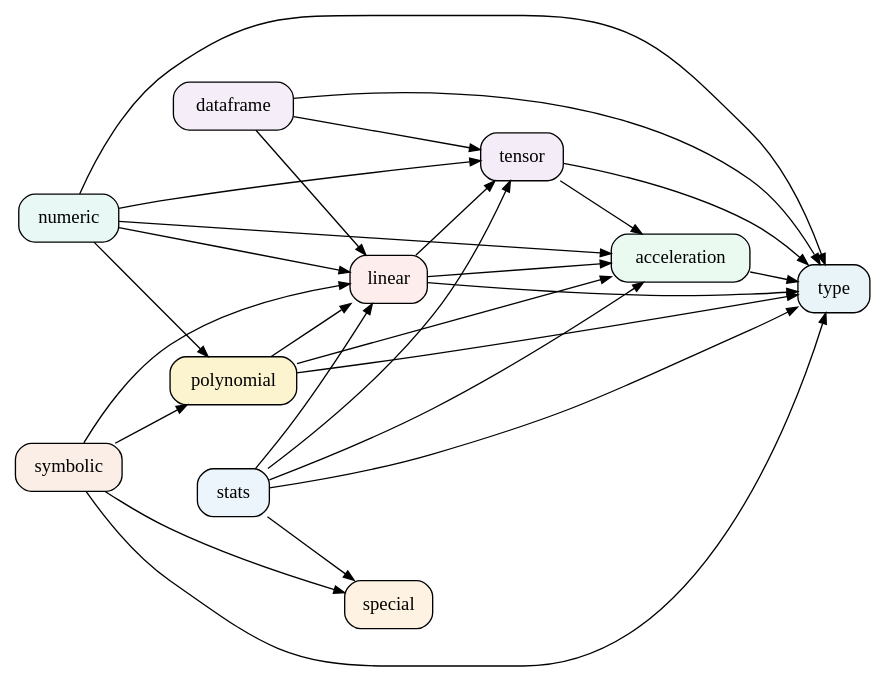
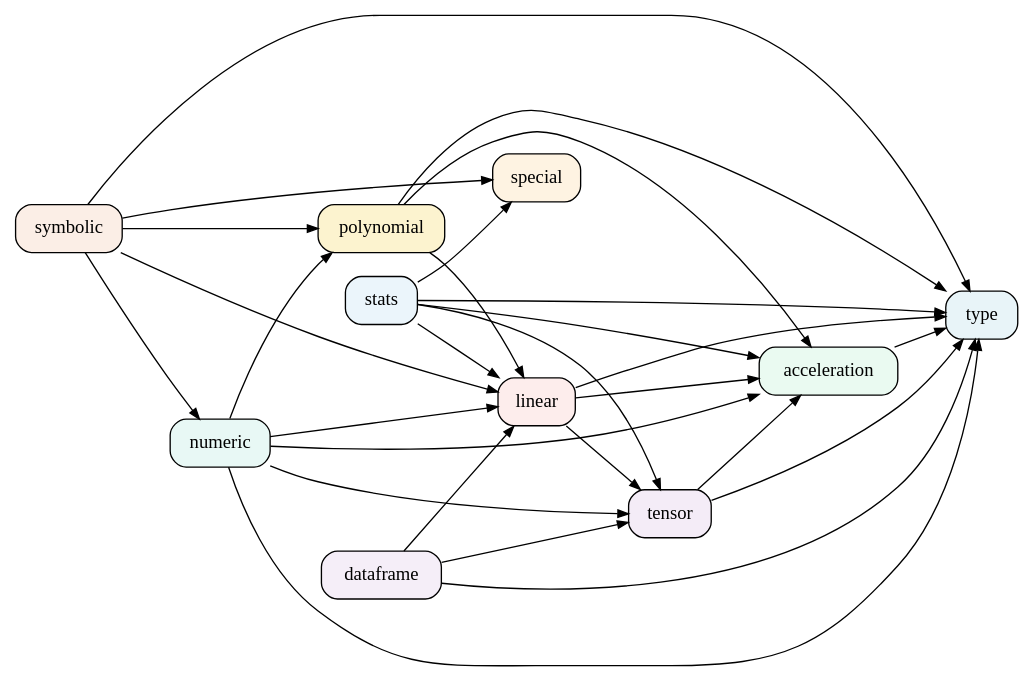
Before and after one commit to renggli/dart-data: the diagram in doc/libs_deps.dot, drawn with Graphviz. The commit also changed 3 other files, not shown here.

```diff
--- a/doc/libs_deps.dot
+++ b/doc/libs_deps.dot
@@ -1,39 +1,40 @@
 digraph {
   rankdir=LR;
   0 [label=linear, shape=box, style="rounded,filled", fillcolor="#fdedec"];
   1 [label=acceleration, shape=box, style="rounded,filled", fillcolor="#eafaf1"];
   2 [label=type, shape=box, style="rounded,filled", fillcolor="#e8f4f8"];
   3 [label=tensor, shape=box, style="rounded,filled", fillcolor="#f4ecf7"];
   4 [label=stats, shape=box, style="rounded,filled", fillcolor="#ebf5fb"];
   5 [label=special, shape=box, style="rounded,filled", fillcolor="#fef3e2"];
   6 [label=numeric, shape=box, style="rounded,filled", fillcolor="#e8f8f5"];
   7 [label=polynomial, shape=box, style="rounded,filled", fillcolor="#fcf3cf"];
   8 [label=symbolic, shape=box, style="rounded,filled", fillcolor="#fbeee6"];
   9 [label=dataframe, shape=box, style="rounded,filled", fillcolor="#f5eef8"];
   0 -> 1 [arrowsize="0.8"];
   0 -> 2 [arrowsize="0.8"];
   0 -> 3 [arrowsize="0.8"];
   1 -> 2 [arrowsize="0.8"];
   3 -> 2 [arrowsize="0.8"];
   3 -> 1 [arrowsize="0.8"];
   4 -> 1 [arrowsize="0.8"];
   4 -> 0 [arrowsize="0.8"];
   4 -> 3 [arrowsize="0.8"];
   4 -> 2 [arrowsize="0.8"];
   4 -> 5 [arrowsize="0.8"];
   6 -> 0 [arrowsize="0.8"];
   6 -> 2 [arrowsize="0.8"];
   6 -> 1 [arrowsize="0.8"];
   6 -> 7 [arrowsize="0.8"];
   6 -> 3 [arrowsize="0.8"];
   7 -> 2 [arrowsize="0.8"];
   7 -> 0 [arrowsize="0.8"];
   7 -> 1 [arrowsize="0.8"];
   8 -> 0 [arrowsize="0.8"];
   8 -> 7 [arrowsize="0.8"];
   8 -> 2 [arrowsize="0.8"];
   8 -> 5 [arrowsize="0.8"];
+  8 -> 6 [arrowsize="0.8"];
   9 -> 2 [arrowsize="0.8"];
   9 -> 0 [arrowsize="0.8"];
   9 -> 3 [arrowsize="0.8"];
 }
```
